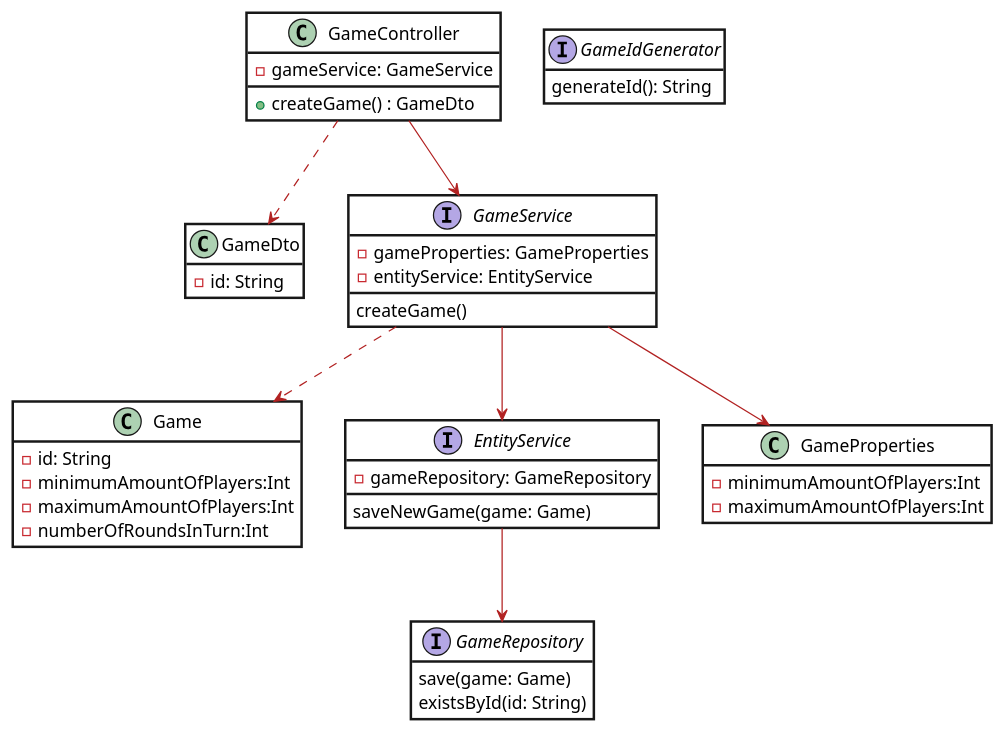
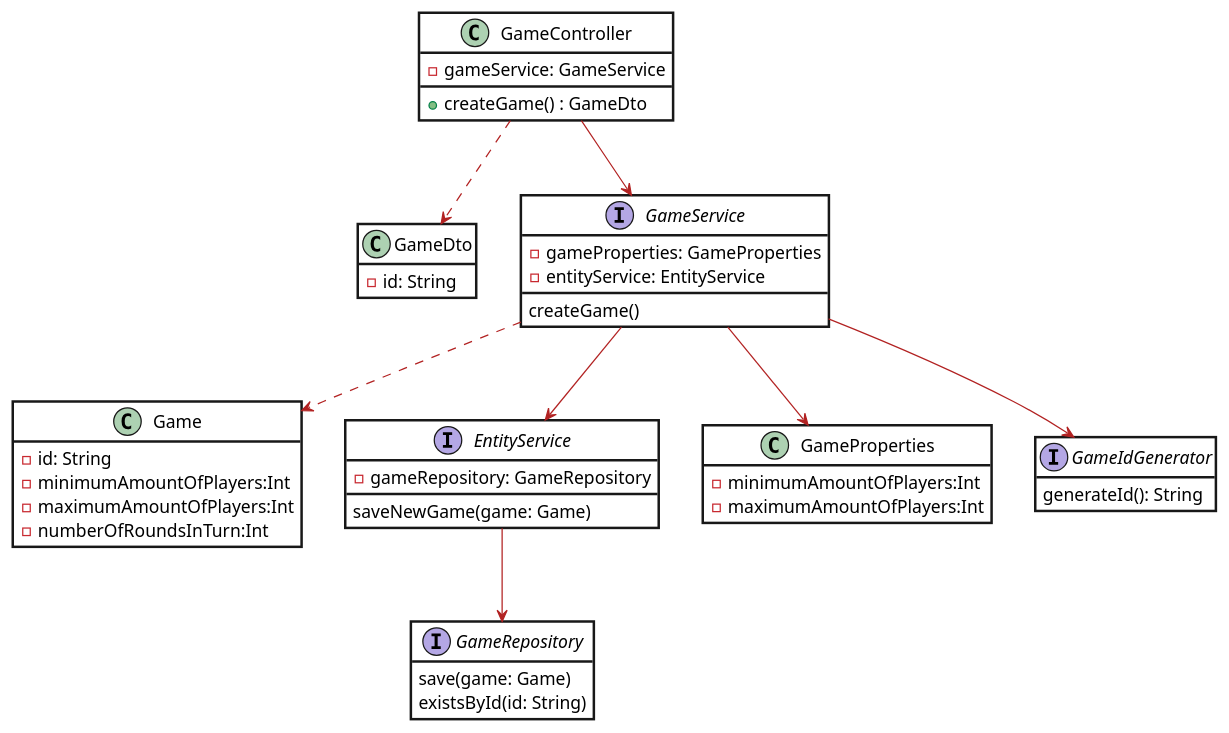
The diagram in docs/diagrams/DCD_create_game.plantuml (patrickwinti/worldwidewalter), drawn with PlantUML before and after one commit. The commit also changed 3 other files, not shown here.

Commit message:
[WWW-59] fixes uml

```diff
--- a/docs/diagrams/DCD_create_game.plantuml
+++ b/docs/diagrams/DCD_create_game.plantuml
@@ -1,55 +1,56 @@
 @startuml
 skinparam class {
     BackgroundColor white
     ArrowColor Firebrick
     BorderThickness 2
 }
 skinparam Note{
     BorderColor #FFD966
     BackgroundColor #FFD966
 }
 skinparam roundcorner 0
 skinparam packagestyle Frame
 hide empty members
 
 class GameController {
    -gameService: GameService
    +createGame() : GameDto
 }
 class GameDto{
     -id: String
 }
 class Game {
    -id: String
    -minimumAmountOfPlayers:Int
    -maximumAmountOfPlayers:Int
    -numberOfRoundsInTurn:Int
 }
 interface EntityService {
    -gameRepository: GameRepository
    saveNewGame(game: Game)
 }
 interface GameService{
     -gameProperties: GameProperties
     -entityService: EntityService
     createGame()
 }
 interface GameRepository {
    save(game: Game)
    existsById(id: String)
 }
 class GameProperties{
     -minimumAmountOfPlayers:Int
     -maximumAmountOfPlayers:Int
 }
 interface GameIdGenerator{
     generateId(): String
 }
 
 GameController-->GameService
 GameService ..> Game
 GameService --> EntityService
+GameService --> GameIdGenerator
 GameService --> GameProperties
 EntityService --> GameRepository
 GameController ..> GameDto
 @enduml
```
